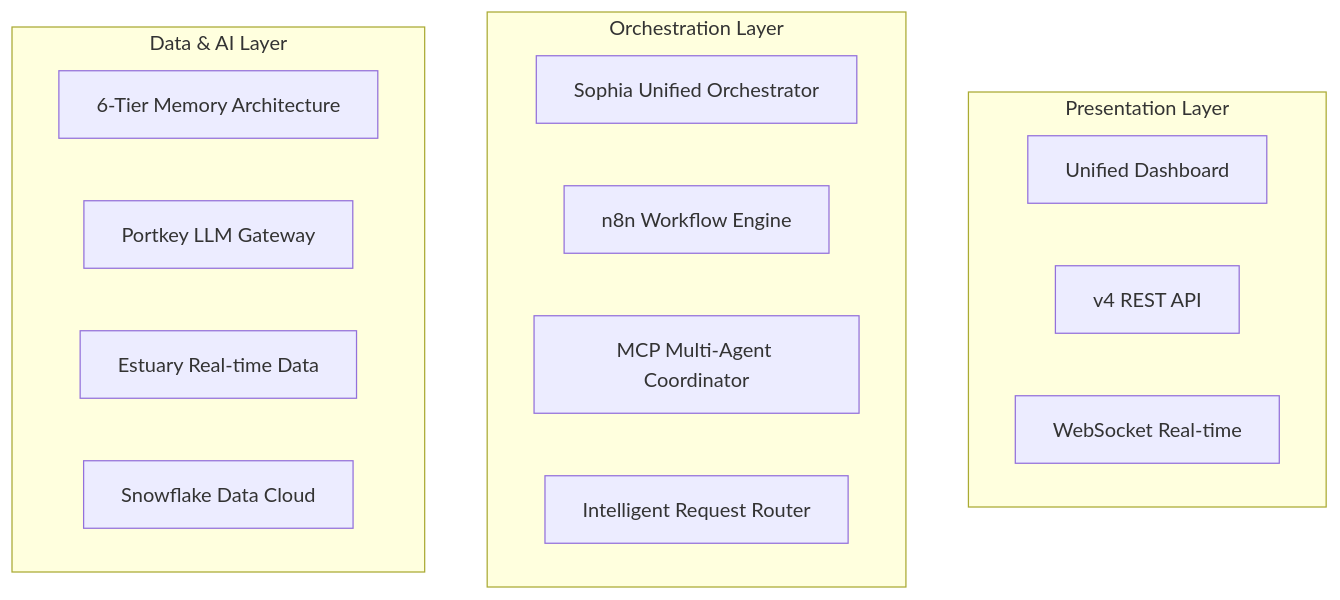
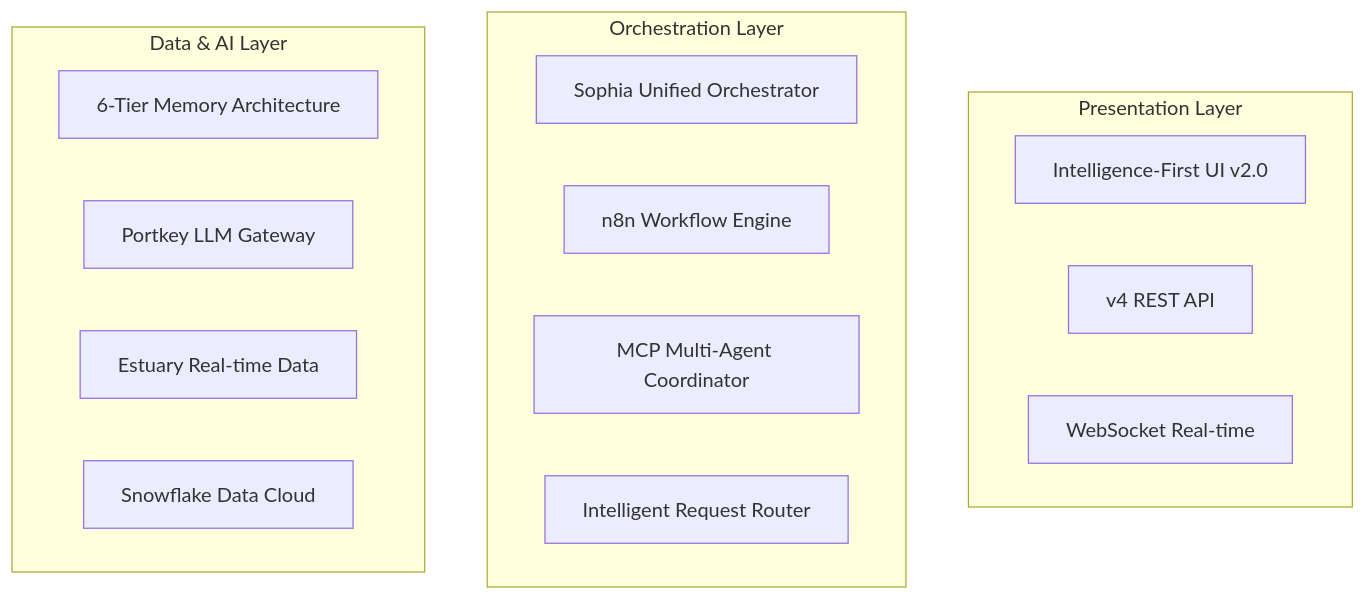
Before and after one commit to ai-cherry/sophia-strategic-development: the diagram in docs/system_handbook/00_SOPHIA_AI_SYSTEM_HANDBOOK.md, drawn with Mermaid. The commit also changed other lines of this file and 20 other files, not shown here.

````diff
--- a/docs/system_handbook/00_SOPHIA_AI_SYSTEM_HANDBOOK.md
+++ b/docs/system_handbook/00_SOPHIA_AI_SYSTEM_HANDBOOK.md
@@ -49,22 +52,22 @@
 ```mermaid
 graph TB
     subgraph "Presentation Layer"
-        UI[Unified Dashboard]
+        UI[Intelligence-First UI v2.0]
         API[v4 REST API]
         WS[WebSocket Real-time]
     end
     
     subgraph "Orchestration Layer"
         ORC[Sophia Unified Orchestrator]
         N8N[n8n Workflow Engine]
         MCP[MCP Multi-Agent Coordinator]
         ROUTE[Intelligent Request Router]
     end
     
     subgraph "Data & AI Layer"
         MEM[6-Tier Memory Architecture]
         PORT[Portkey LLM Gateway]
         EST[Estuary Real-time Data]
         SNOW[Snowflake Data Cloud]
     end
 ```
````
